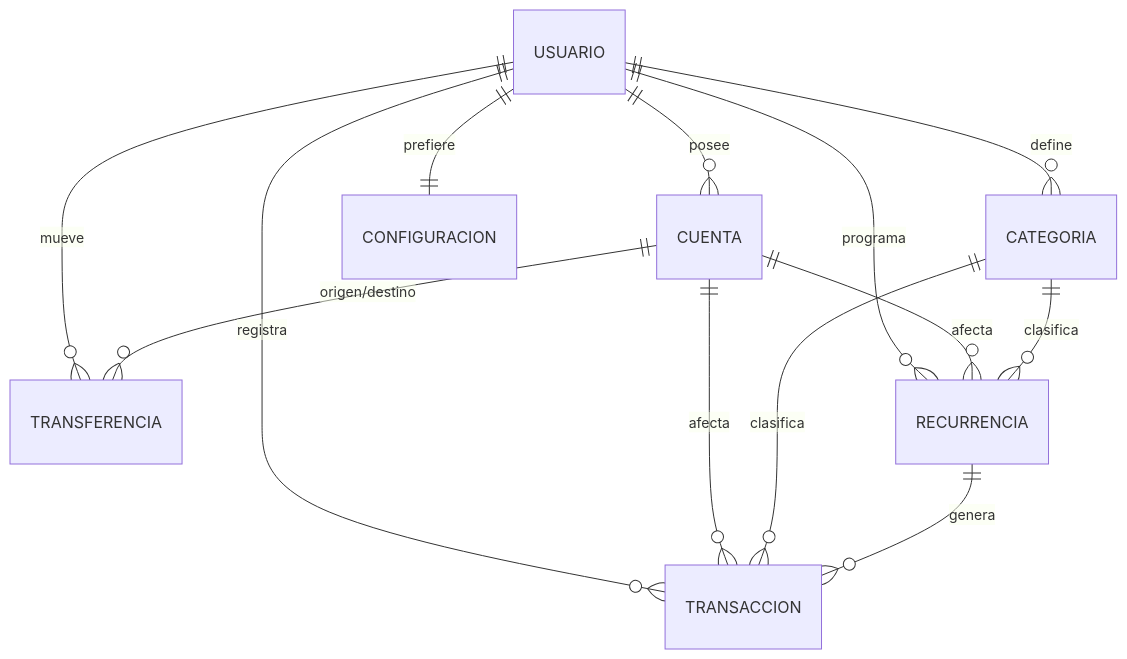
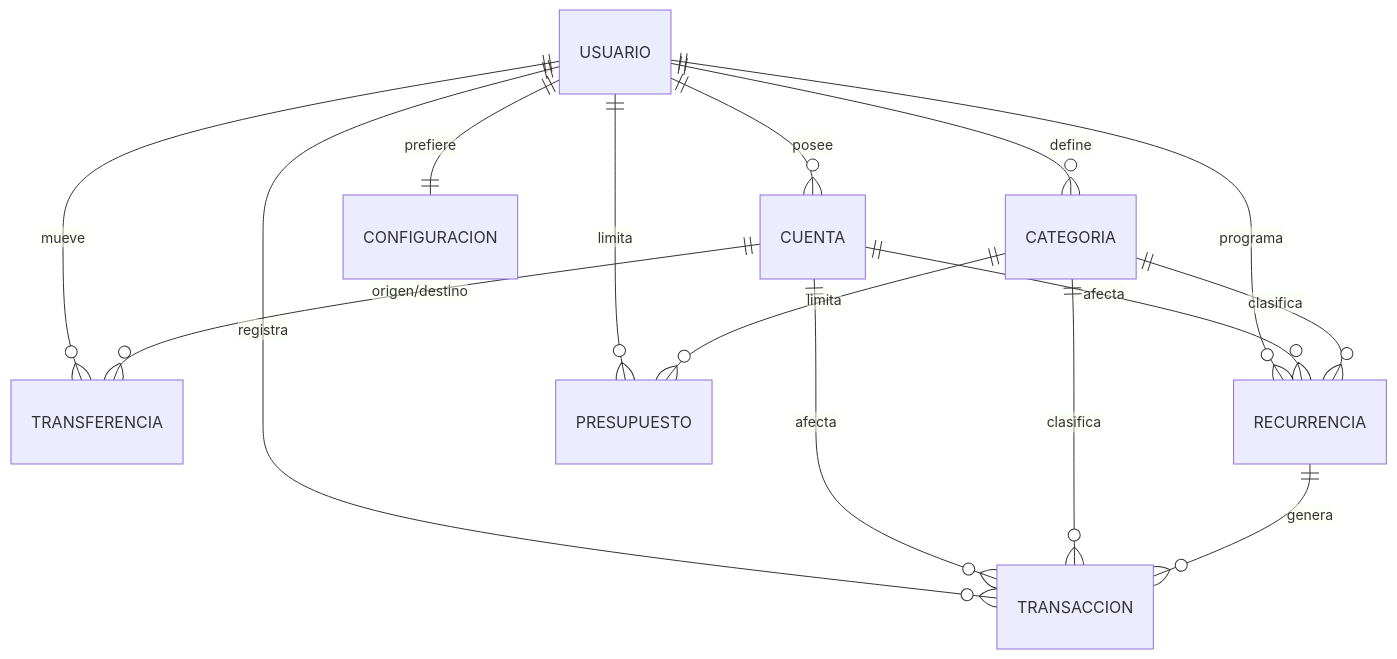
Before and after one commit to Salware-20/FinTrack: the diagram in README.md, drawn with Mermaid. The commit also changed other lines of this file, not shown here.

````diff
--- a/README.md
+++ b/README.md
@@ -195,15 +238,17 @@
 ```mermaid
 erDiagram
     USUARIO ||--o{ CUENTA : "posee"
     USUARIO ||--o{ CATEGORIA : "define"
     USUARIO ||--o{ TRANSACCION : "registra"
     USUARIO ||--o{ TRANSFERENCIA : "mueve"
     USUARIO ||--o{ RECURRENCIA : "programa"
     USUARIO ||--|| CONFIGURACION : "prefiere"
+    USUARIO ||--o{ PRESUPUESTO : "limita"
     CUENTA ||--o{ TRANSACCION : "afecta"
     CATEGORIA ||--o{ TRANSACCION : "clasifica"
     CUENTA ||--o{ TRANSFERENCIA : "origen/destino"
     CUENTA ||--o{ RECURRENCIA : "afecta"
     CATEGORIA ||--o{ RECURRENCIA : "clasifica"
+    CATEGORIA ||--o{ PRESUPUESTO : "limita"
     RECURRENCIA ||--o{ TRANSACCION : "genera"
 ```
````
